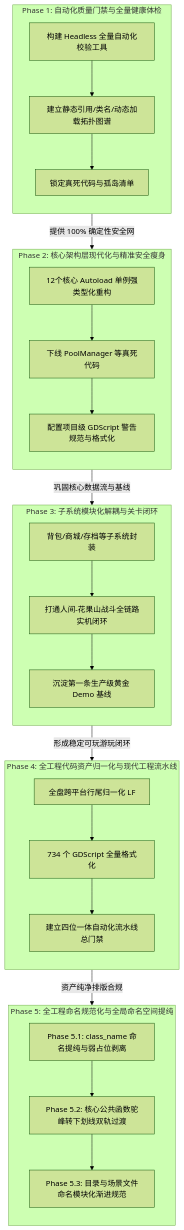
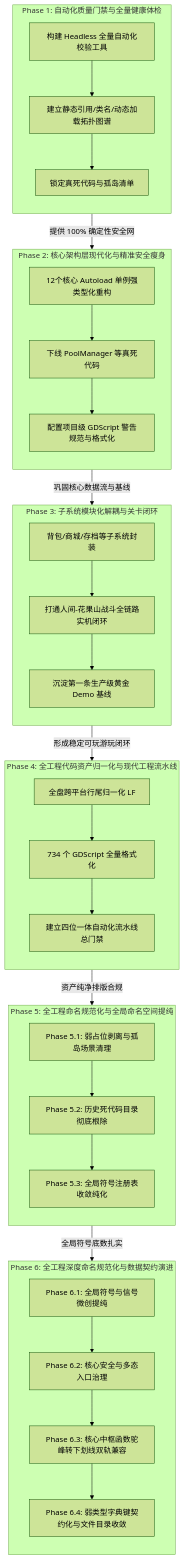
Before and after one commit to 0xnayuta/ZMXYBHYH: the diagram in docs/roadmap.md, drawn with Mermaid (forest theme). The commit also changed other lines of this file and 13 other files, not shown here.

````diff
--- a/docs/roadmap.md
+++ b/docs/roadmap.md
@@ -11,37 +11,45 @@
 ```mermaid
 flowchart TD
     subgraph P1 [Phase 1: 自动化质量门禁与全量健康体检]
         direction TB
         A1[构建 Headless 全量自动化校验工具] --> A2[建立静态引用/类名/动态加载拓扑图谱]
         A2 --> A3[锁定真死代码与孤岛清单]
     end
 
     subgraph P2 [Phase 2: 核心架构层现代化与精准安全瘦身]
         direction TB
         B1[12个核心 Autoload 单例强类型化重构] --> B2[下线 PoolManager 等真死代码]
         B2 --> B3[配置项目级 GDScript 警告规范与格式化]
     end
 
     subgraph P3 [Phase 3: 子系统模块化解耦与关卡闭环]
         direction TB
         C1[背包/商城/存档等子系统封装] --> C2[打通人间-花果山战斗全链路实机闭环]
         C2 --> C3[沉淀第一条生产级黄金 Demo 基线]
     end
 
     subgraph P4 [Phase 4: 全工程代码资产归一化与现代工程流水线]
         direction TB
         D1[全盘跨平台行尾归一化 LF] --> D2[734 个 GDScript 全量格式化]
         D2 --> D3[建立四位一体自动化流水线总门禁]
     end
 
     subgraph P5 [Phase 5: 全工程命名规范化与全局命名空间提纯]
         direction TB
-        E1[Phase 5.1: class_name 命名提纯与弱占位剥离] --> E2[Phase 5.2: 核心公共函数驼峰转下划线双轨过渡]
-        E2 --> E3[Phase 5.3: 目录与场景文件命名模块化渐进规范]
+        E1[Phase 5.1: 弱占位剥离与孤岛场景清理] --> E2[Phase 5.2: 历史死代码目录彻底根除]
+        E2 --> E3[Phase 5.3: 全局符号注册表收敛纯化]
+    end
+
+    subgraph P6 [Phase 6: 全工程深度命名规范化与数据契约演进]
+        direction TB
+        F1[Phase 6.1: 全局符号与信号微创提纯] --> F2[Phase 6.2: 核心安全与多态入口治理]
+        F2 --> F3[Phase 6.3: 核心中枢函数驼峰转下划线双轨兼容]
+        F3 --> F4[Phase 6.4: 弱类型字典键契约化与文件目录收敛]
     end
 
     P1 -->|提供 100% 确定性安全网| P2
     P2 -->|巩固核心数据流与基线| P3
     P3 -->|形成稳定可玩游玩闭环| P4
     P4 -->|资产纯净排版合规| P5
+    P5 -->|全局符号底数扎实| P6
 ```
````
